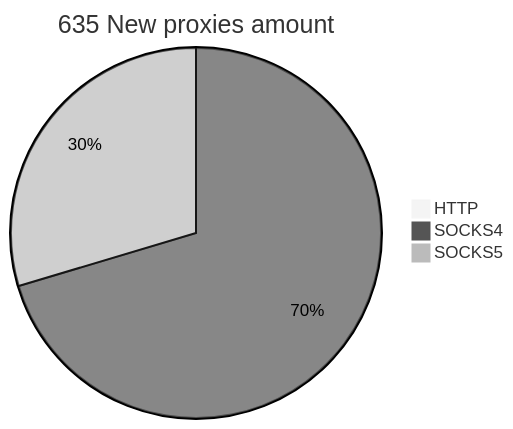
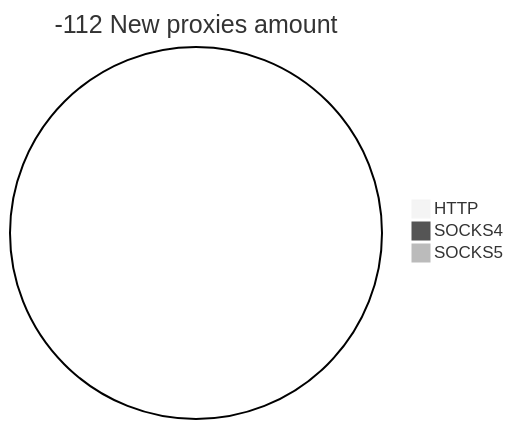
One commit to cutipu/proxylist changed the second of 2 diagrams in README.md. Above: the diagram before and after it, drawn with Mermaid (neutral theme). The commit also changed other lines of this file, not shown here.

````diff
--- a/README.md
+++ b/README.md
@@ -10,6 +10,6 @@
 ```mermaid
-pie title 635 New proxies amount
+pie title -112 New proxies amount
     "HTTP" : 0
-    "SOCKS4" : 461
-    "SOCKS5" : 194
+    "SOCKS4" : 0
+    "SOCKS5" : 0
 ```
````
